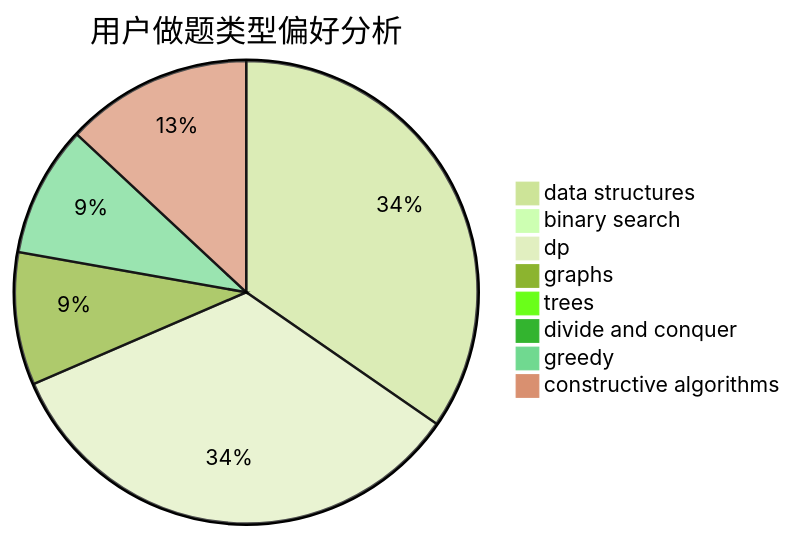
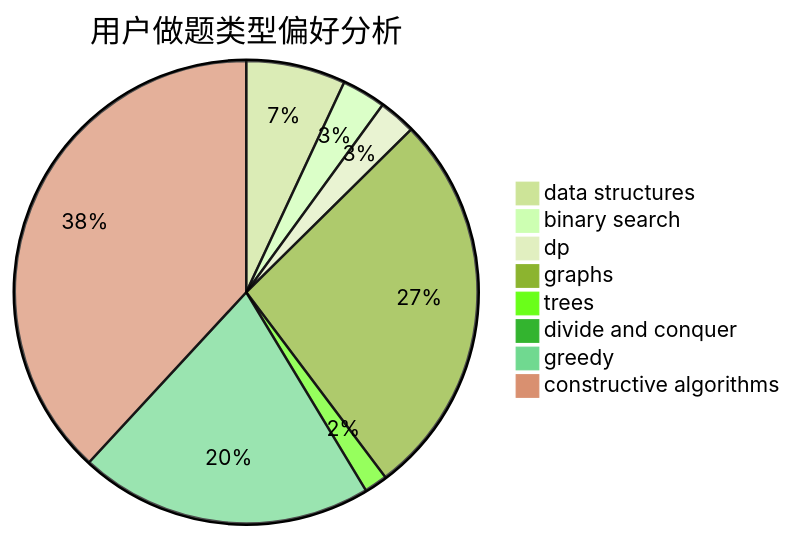
Before and after one commit to sherpahu/cfrs.github.io: the second of 3 diagrams in docs/user/u591.md, drawn with Mermaid (forest theme). The commit also changed other lines of this file and 2770 other files, not shown here.

````diff
--- a/docs/user/u591.md
+++ b/docs/user/u591.md
@@ -23,11 +23,11 @@
 ```mermaid
 pie title 用户做题类型偏好分析
-    "data structures" :  374
-    "binary search" :  0
-    "dp" :  366
-    "graphs" :  100
-    "trees" :  8
-    "divide and conquer" :  0
-    "greedy" :  99
-    "constructive algorithms" :  141
+    "data structures" :  43
+    "binary search" :  19
+    "dp" :  16
+    "graphs" :  168
+    "trees" :  10
+    "divide and conquer" :  3
+    "greedy" :  127
+    "constructive algorithms" :  236
 ```
````
